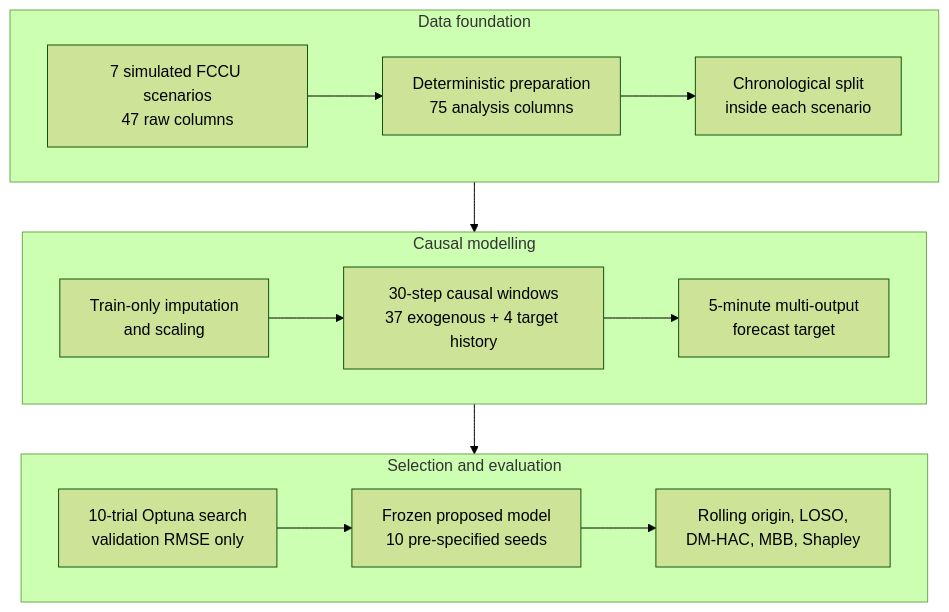
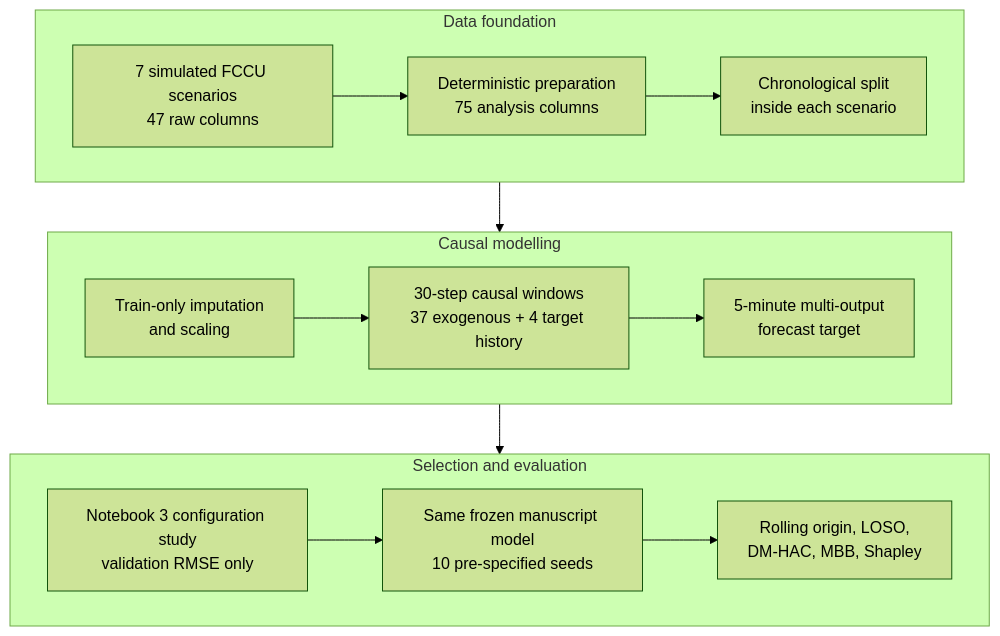
Before and after one commit to Guldek1987/Intelligent-Product-Yield-Forecasting-in-Fluid-Catalytic-Cracking-Using-Multivariate-Process-Data: the diagram in README.md, drawn with Mermaid (forest theme). The commit also changed other lines of this file, not shown here.

Commit message:
Reconcile README with manuscript and reviewer responses

````diff
--- a/README.md
+++ b/README.md
@@ -54,17 +71,17 @@
 ```mermaid
 flowchart TB
   subgraph R1["Data foundation"]
     direction LR
     A["7 simulated FCCU scenarios<br/>47 raw columns"] --> B["Deterministic preparation<br/>75 analysis columns"] --> C["Chronological split<br/>inside each scenario"]
   end
   subgraph R2["Causal modelling"]
     direction LR
     D["Train-only imputation<br/>and scaling"] --> E["30-step causal windows<br/>37 exogenous + 4 target history"] --> F["5-minute multi-output<br/>forecast target"]
   end
   subgraph R3["Selection and evaluation"]
     direction LR
-    G["10-trial Optuna search<br/>validation RMSE only"] --> H["Frozen proposed model<br/>10 pre-specified seeds"] --> I["Rolling origin, LOSO,<br/>DM-HAC, MBB, Shapley"]
+    G["Notebook 3 configuration study<br/>validation RMSE only"] --> H["Same frozen manuscript model<br/>10 pre-specified seeds"] --> I["Rolling origin, LOSO,<br/>DM-HAC, MBB, Shapley"]
   end
   C --> D
   F --> G
 ```
````
